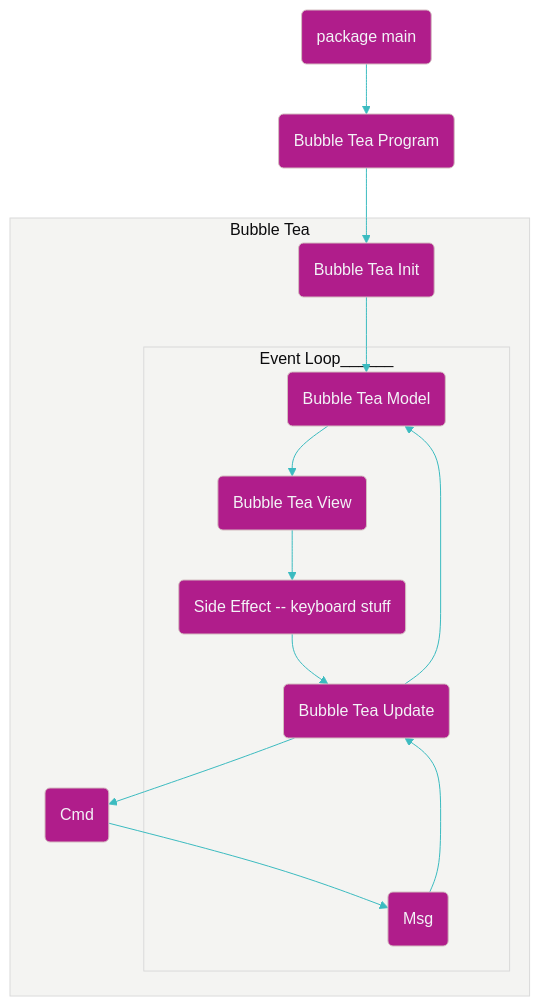
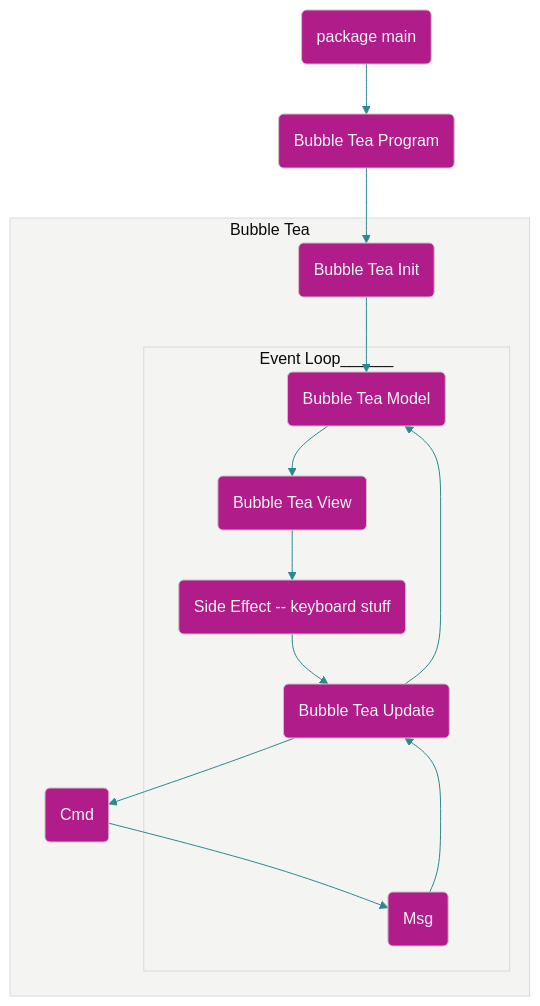
The diagram in content/blog/13-making-a-tui-with-go/index.mdx (tearingItUp786/blog), drawn with Mermaid before and after one commit. The commit also changed 3 other files, not shown here.

````diff
--- a/content/blog/13-making-a-tui-with-go/index.mdx
+++ b/content/blog/13-making-a-tui-with-go/index.mdx
@@ -105,45 +105,45 @@
 ```mermaid
 %%{
   init: {
     'theme': 'base',
     'themeVariables': {
 			'fontSize": '16px',
 			'primaryColor': '#b01d8b',
 			'primaryTextColor': '#f3f3f7',
 			'primaryBorderColor': '#D3BCC0',
-			'lineColor': '#3bbbc0',
+			'lineColor': '#2a8a90',
 			'secondaryColor': '#507DBC',
 			'tertiaryColor': '#F4F4F2'
     }
   }
 }%%
 
 graph TD
     A(package main)
     B(Bubble Tea Program)
     C0(Bubble Tea Init)
     C1(Bubble Tea Model)
     C(Bubble Tea Update)
     D(Bubble Tea View)
     E(Msg)
     F(Cmd)
     G(Side Effect -- keyboard stuff)
 
     A --> B
     B --> C0
 
-    subgraph Bubble Tea
+    subgraph Bubble Tea \n
     C0 --> C1
     C --> F
     F --> E
 
-    subgraph Event Loop______
+    subgraph Event Loop______ \n
         C --> C1
         C1 --> D
         E --> C
         D --> G
         G --> C
         end
   end
 
 ```
````
